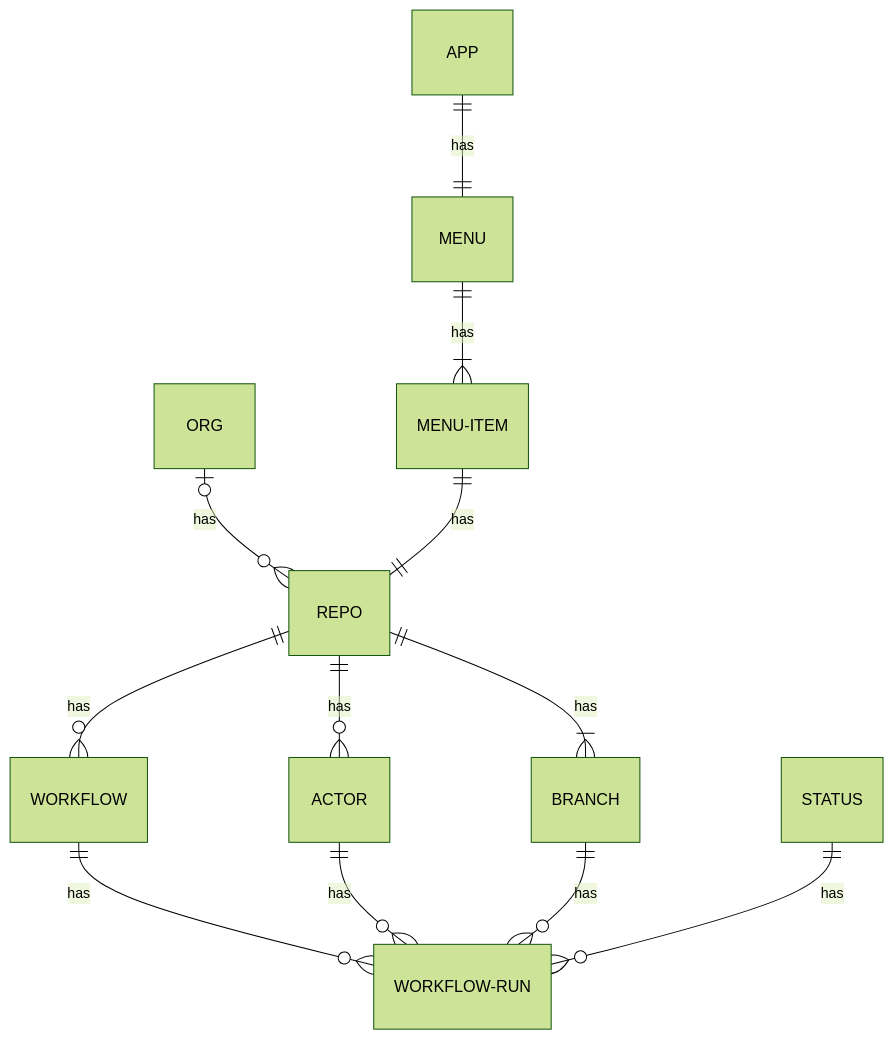
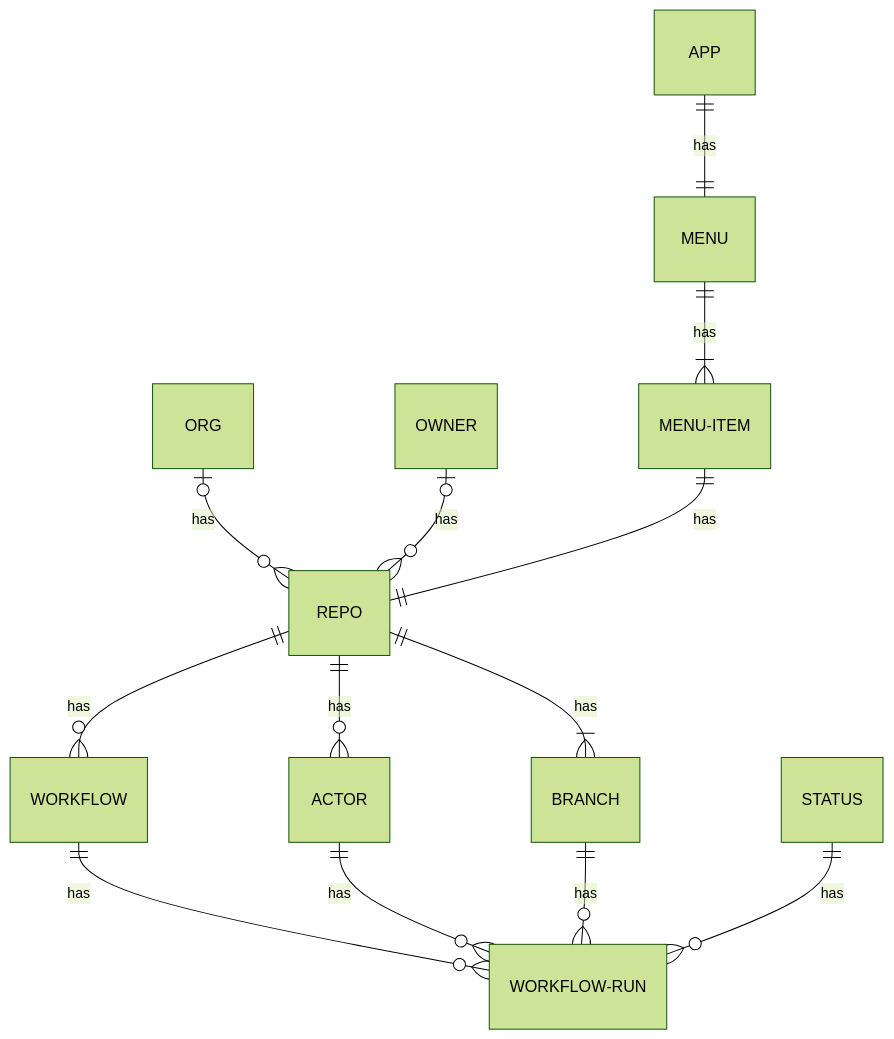
One commit to brunns/github-actions-status-mac-menu-bar-spike changed the diagram in TODO.md. Above: the diagram before and after it, drawn with Mermaid (forest theme). The commit also changed other lines of this file and 3 other files, not shown here.

````diff
--- a/TODO.md
+++ b/TODO.md
@@ -20,15 +22,16 @@
 ```mermaid
 erDiagram
     ORG |o--o{ REPO : has
+    OWNER |o--o{ REPO : has
     REPO ||--|{ BRANCH : has
     REPO ||--o{ ACTOR : has
     REPO ||--o{ WORKFLOW : has
     WORKFLOW ||--o{ WORKFLOW-RUN : has
     ACTOR ||--o{ WORKFLOW-RUN : has
     BRANCH ||--o{ WORKFLOW-RUN : has
     STATUS ||--o{ WORKFLOW-RUN : has
     
     APP ||--|| MENU : has
     MENU ||--|{ MENU-ITEM : has
     MENU-ITEM ||--|| REPO : has
 ```
````
